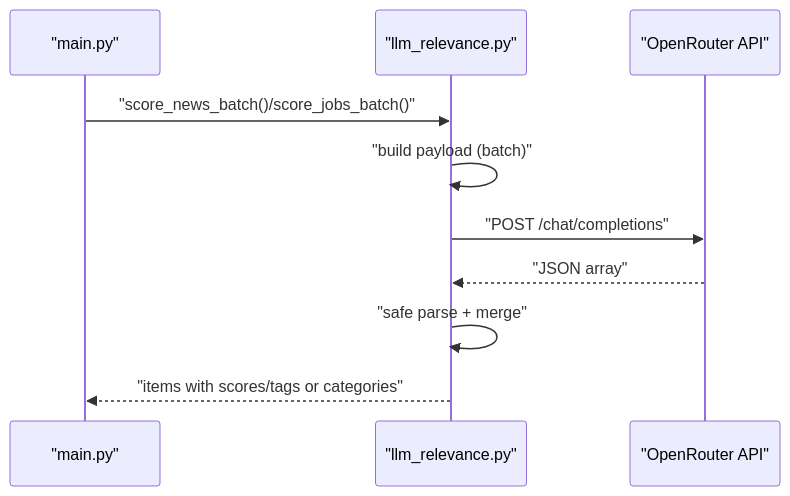
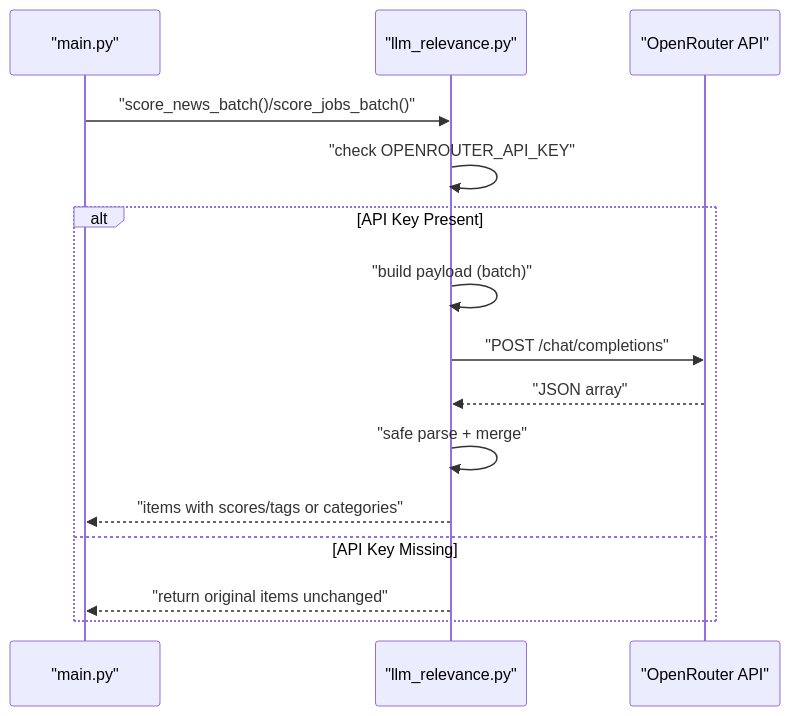
One commit to shakthi-vinayak/news changed the sixth of 8 diagrams in .qoder/repowiki/en/content/Troubleshooting and FAQ.md. Above: the diagram before and after it, drawn with Mermaid. The commit also changed other lines of this file and 37 other files, not shown here.

````diff
--- a/.qoder/repowiki/en/content/Troubleshooting and FAQ.md
+++ b/.qoder/repowiki/en/content/Troubleshooting and FAQ.md
@@ -262,12 +263,17 @@
 ```mermaid
 sequenceDiagram
 participant M as "main.py"
 participant LR as "llm_relevance.py"
 participant OR as "OpenRouter API"
 M->>LR : "score_news_batch()/score_jobs_batch()"
+LR->>LR : "check OPENROUTER_API_KEY"
+alt API Key Present
 LR->>LR : "build payload (batch)"
 LR->>OR : "POST /chat/completions"
 OR-->>LR : "JSON array"
 LR->>LR : "safe parse + merge"
 LR-->>M : "items with scores/tags or categories"
+else API Key Missing
+LR-->>M : "return original items unchanged"
+end
 ```
````
